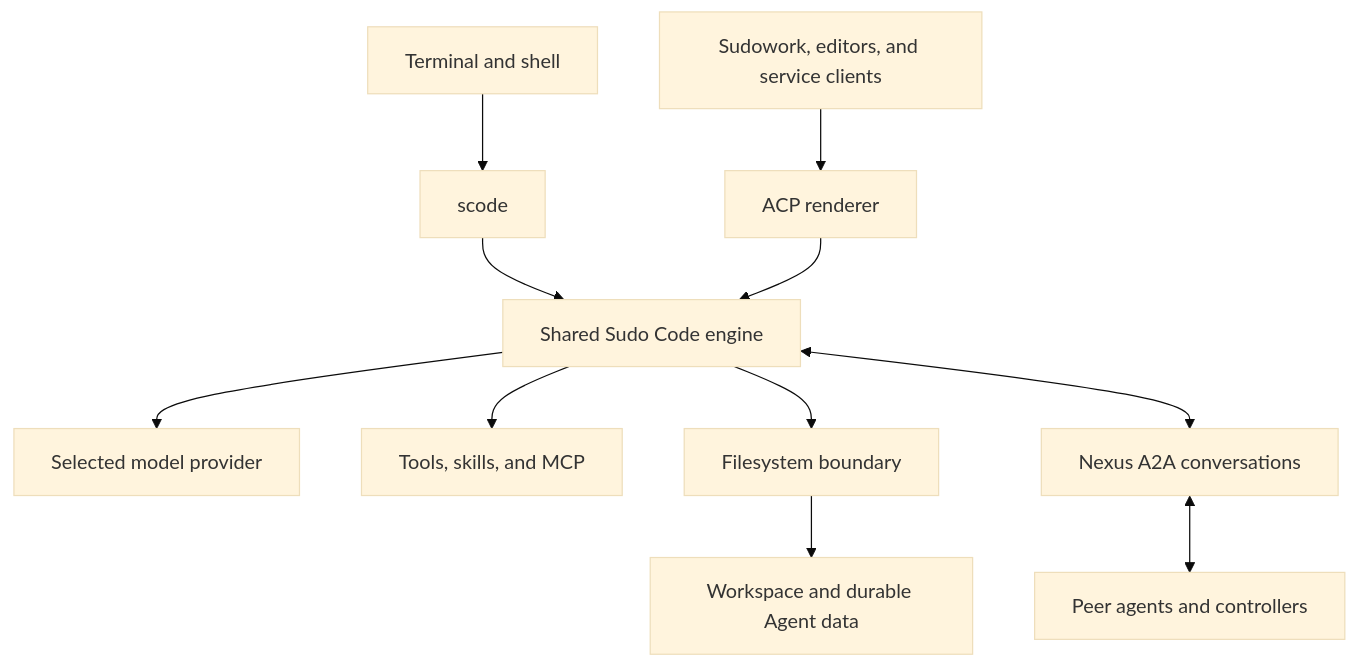
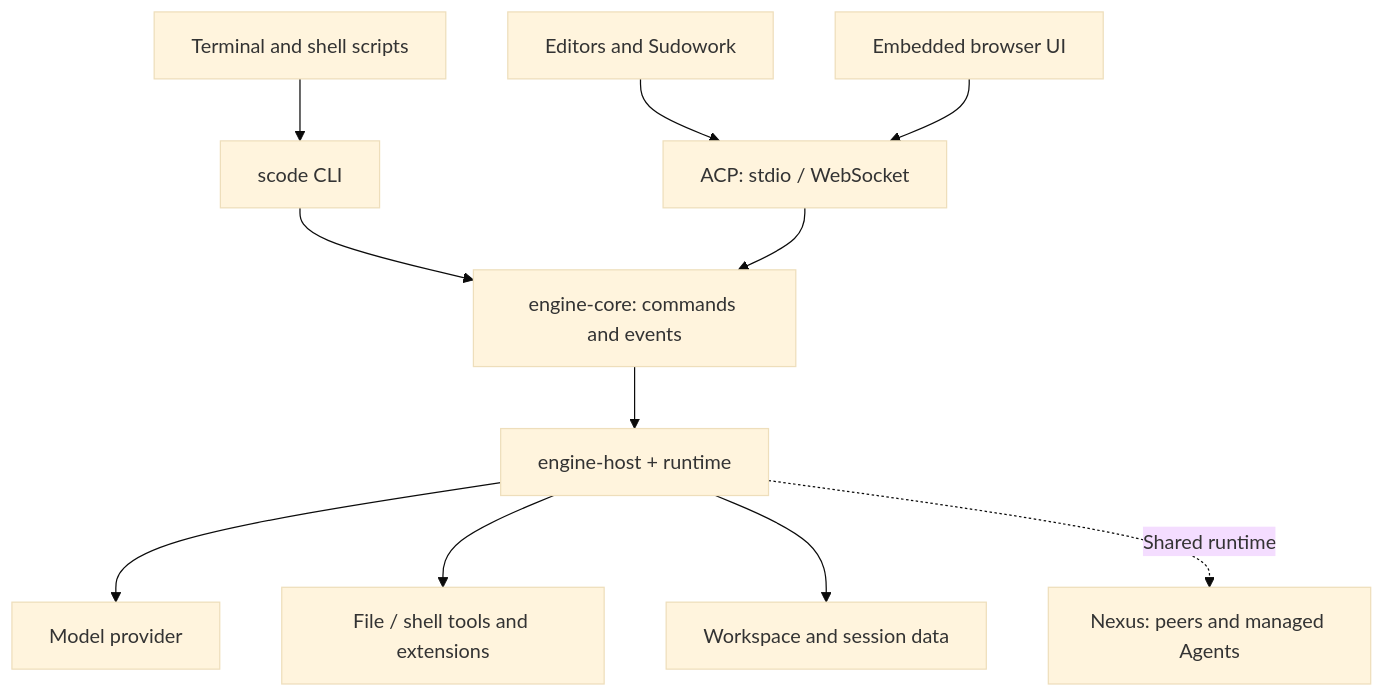
Before and after one commit to sudoprivacy/sudocode: the diagram in README.md, drawn with Mermaid (base theme). The commit also changed other lines of this file, not shown here.

````diff
--- a/README.md
+++ b/README.md
@@ -64,13 +169,13 @@
 ```mermaid
 flowchart TB
-    Terminal["Terminal and shell"] --> CLI["scode"]
-    Clients["Sudowork, editors, and service clients"] --> ACP["ACP renderer"]
-    CLI --> Engine["Shared Sudo Code engine"]
-    ACP --> Engine
-    Engine --> Models["Selected model provider"]
-    Engine --> Tools["Tools, skills, and MCP"]
-    Engine --> FS["Filesystem boundary"]
-    FS --> Storage["Workspace and durable Agent data"]
-    Engine <--> A2A["Nexus A2A conversations"]
-    A2A <--> Peers["Peer agents and controllers"]
+    Terminal["Terminal and shell scripts"] --> CLI["scode CLI"]
+    Clients["Editors and Sudowork"] --> ACP["ACP: stdio / WebSocket"]
+    Browser["Embedded browser UI"] --> ACP
+    CLI --> Boundary["engine-core: commands and events"]
+    ACP --> Boundary
+    Boundary --> Engine["engine-host + runtime"]
+    Engine --> Models["Model provider"]
+    Engine --> Tools["File / shell tools and extensions"]
+    Engine --> Data["Workspace and session data"]
+    Engine -. "Shared runtime" .-> Nexus["Nexus: peers and managed Agents"]
 ```
````
